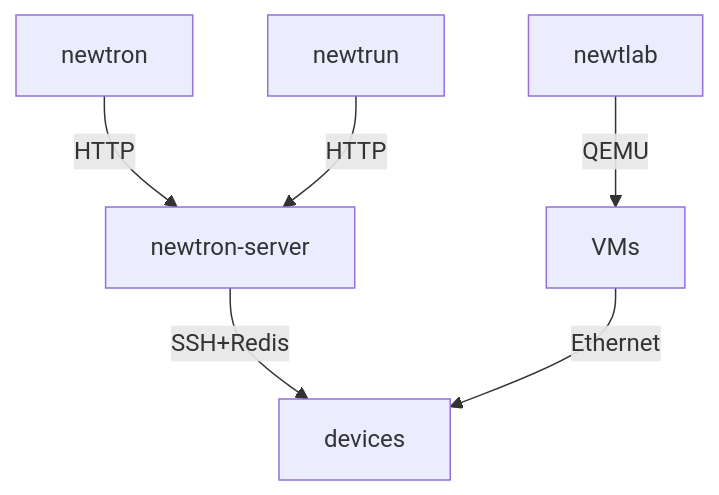
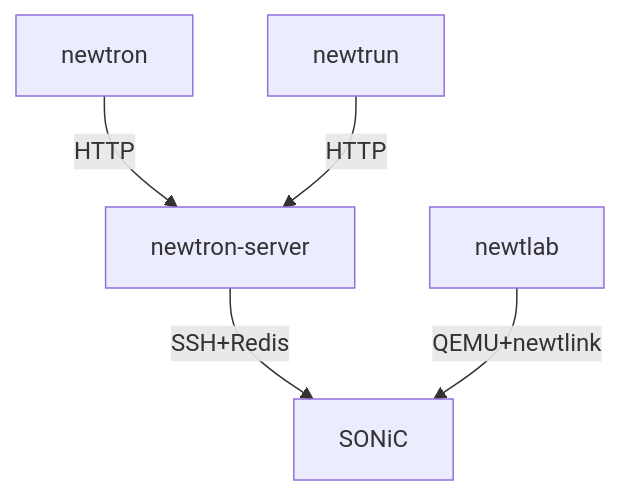
One commit to aldrin-isaac/newtron changed the diagram in docs/diagrams/system-overview.mmd. Above: the diagram before and after it, drawn with Mermaid. The commit also changed 1 other file, not shown here.

Commit message:
Fix System Overview: SONiC devices ARE the VMs, not separate nodes
The diagram had VMs and devices as separate boxes, but the SONiC
devices are the QEMU VMs. Unify into a single SONiC node that both
newtron-server (SSH+Redis) and newtlab (QEMU+newtlink) connect to.

```diff
--- a/docs/diagrams/system-overview.mmd
+++ b/docs/diagrams/system-overview.mmd
@@ -1,6 +1,5 @@
 graph TD
     newtron -->|HTTP| newtron-server
     newtrun -->|HTTP| newtron-server
-    newtron-server -->|SSH+Redis| devices
-    newtlab -->|QEMU| VMs
-    VMs -->|Ethernet| devices
+    newtron-server -->|SSH+Redis| SONiC
+    newtlab -->|QEMU+newtlink| SONiC
```
